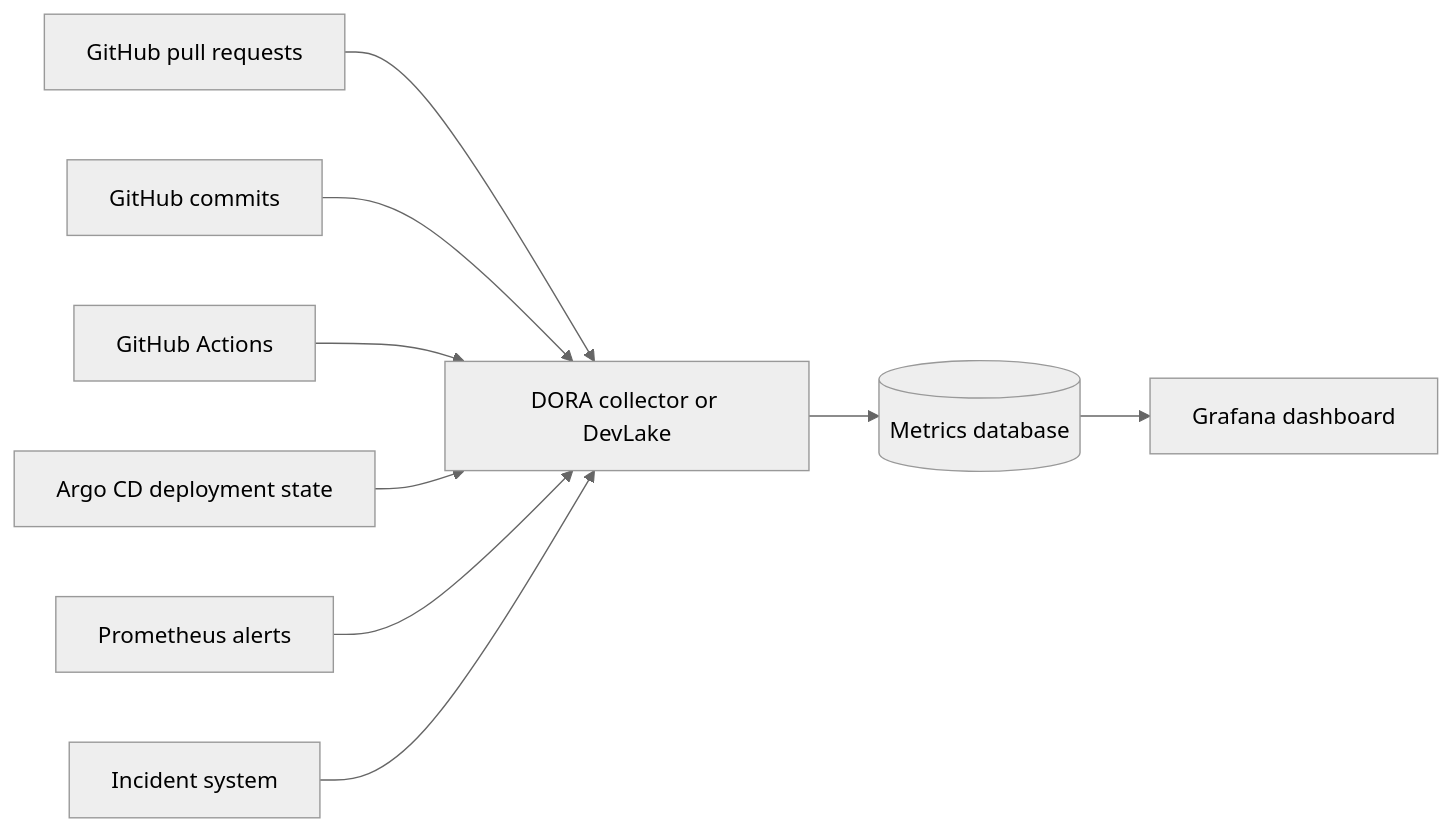
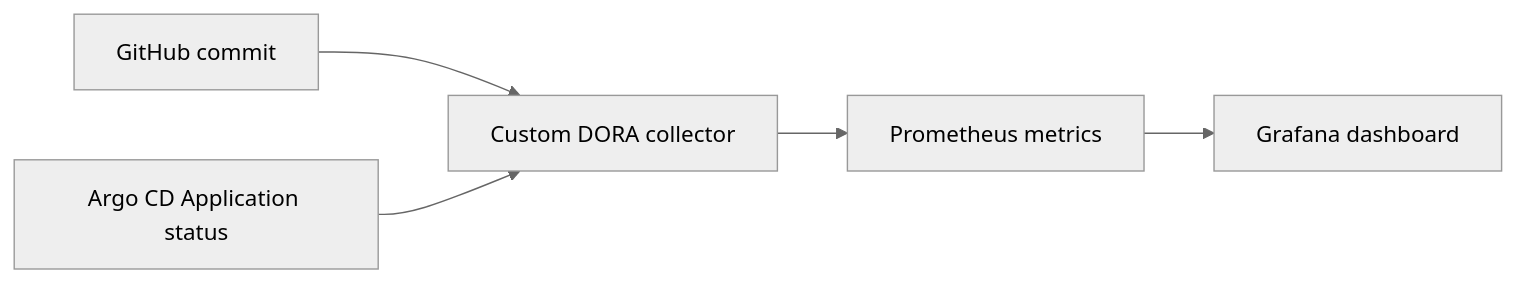
Before and after one commit to mstrugarevic1/docs: the third of 4 diagrams in ci-cd/dora-metrics.md, drawn with Mermaid (neutral theme). The commit also changed other lines of this file and 1 other file, not shown here.

Commit message:
Refine DORA metrics guide

````diff
--- a/ci-cd/dora-metrics.md
+++ b/ci-cd/dora-metrics.md
@@ -66,11 +174,7 @@
 ```mermaid
 flowchart LR
-  pr[GitHub pull requests] --> collector[DORA collector or DevLake]
-  commits[GitHub commits] --> collector
-  actions[GitHub Actions] --> collector
-  argocd[Argo CD deployment state] --> collector
-  alerts[Prometheus alerts] --> collector
-  incidents[Incident system] --> collector
-  collector --> db[(Metrics database)]
-  db --> grafana[Grafana dashboard]
+  github[GitHub commit] --> collector[Custom DORA collector]
+  argocd[Argo CD Application status] --> collector
+  collector --> prometheus[Prometheus metrics]
+  prometheus --> grafana[Grafana dashboard]
 ```
````
